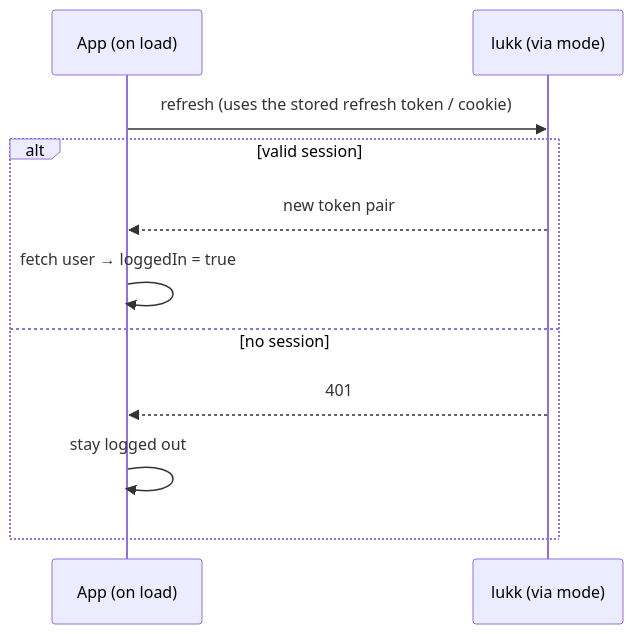
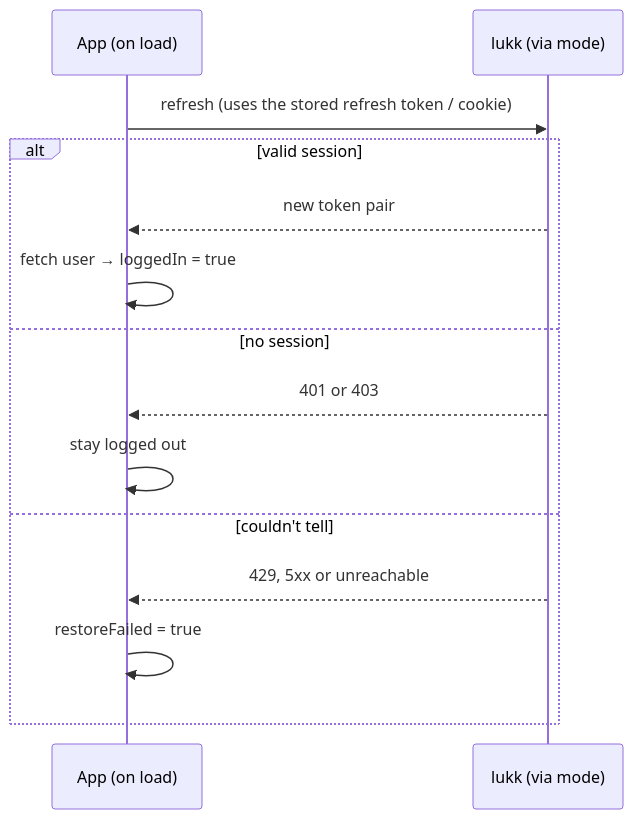
One commit to stsepelin/lukk-docs changed the second of 2 diagrams in docs/authentication.md. Above: the diagram before and after it, drawn with Mermaid. The commit also changed other lines of this file and 17 other files, not shown here.

````diff
--- a/docs/authentication.md
+++ b/docs/authentication.md
@@ -235,13 +247,16 @@
 ```mermaid
 sequenceDiagram
     participant App as App (on load)
     participant Lukk as lukk (via mode)
     App->>Lukk: refresh (uses the stored refresh token / cookie)
     alt valid session
         Lukk-->>App: new token pair
         App->>App: fetch user → loggedIn = true
     else no session
-        Lukk-->>App: 401
+        Lukk-->>App: 401 or 403
         App->>App: stay logged out
+    else couldn't tell
+        Lukk-->>App: 429, 5xx or unreachable
+        App->>App: restoreFailed = true
     end
 ```
````
